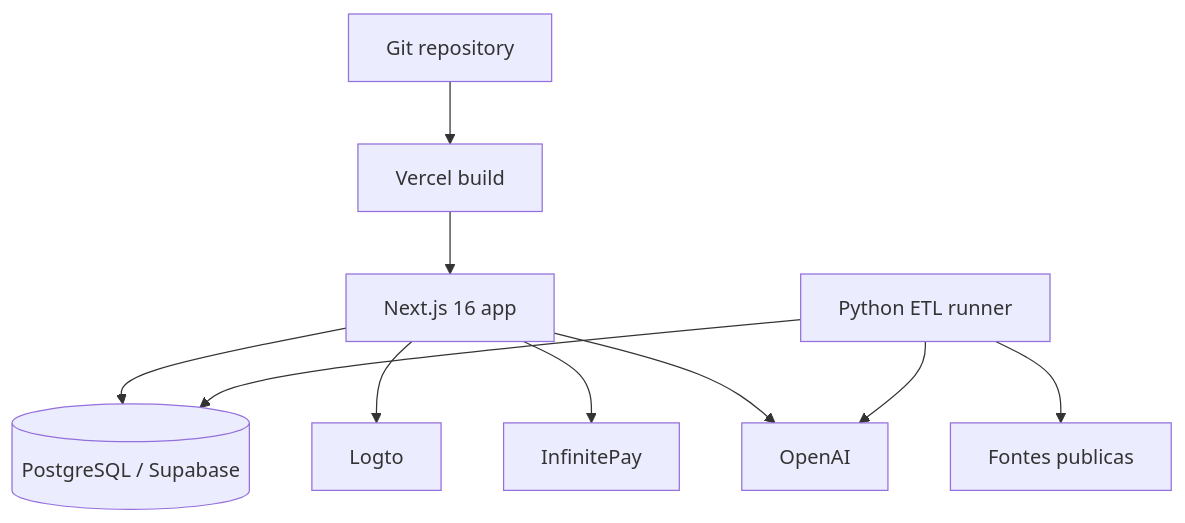
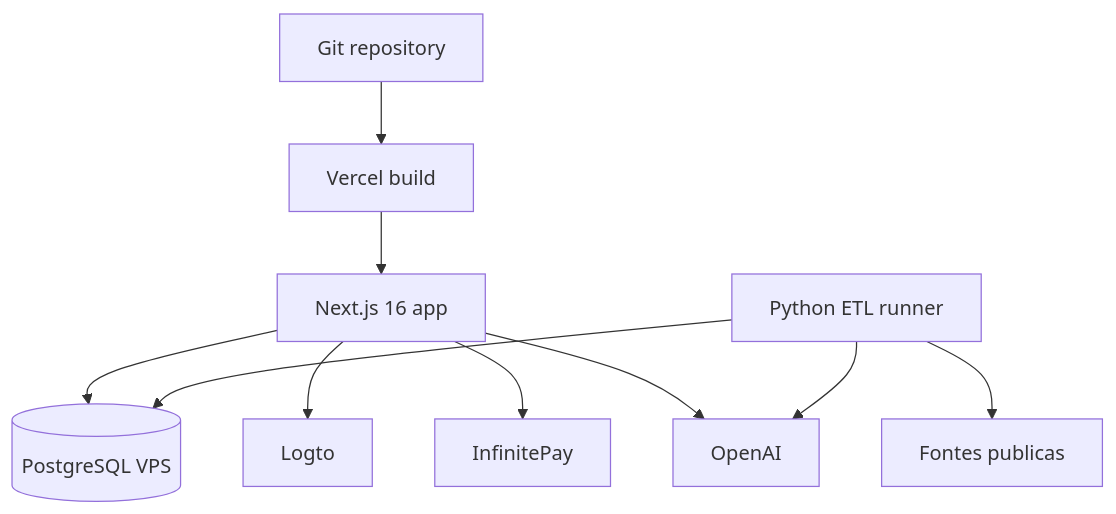
Before and after one commit to paulobolliger/meus-politicos: the first of 2 diagrams in docs/DEPLOYMENT.md, drawn with Mermaid. The commit also changed other lines of this file and 289 other files, not shown here.

````diff
--- a/docs/DEPLOYMENT.md
+++ b/docs/DEPLOYMENT.md
@@ -24,12 +24,12 @@
 ```mermaid
 flowchart TB
   GH[Git repository] --> V[Vercel build]
   V --> NEXT[Next.js 16 app]
-  NEXT --> PG[(PostgreSQL / Supabase)]
+  NEXT --> PG[(PostgreSQL VPS)]
   NEXT --> LOGTO[Logto]
   NEXT --> IPAY[InfinitePay]
   NEXT --> OPENAI[OpenAI]
   ETL[Python ETL runner] --> PG
   ETL --> FONTES[Fontes publicas]
   ETL --> OPENAI
 ```
````
